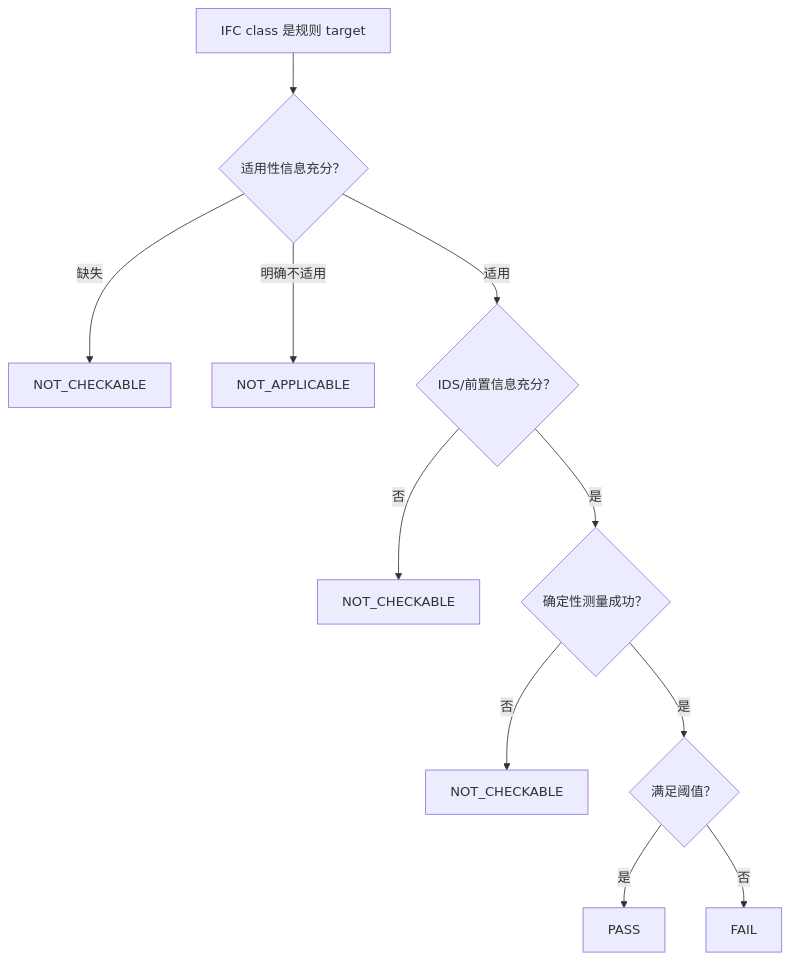
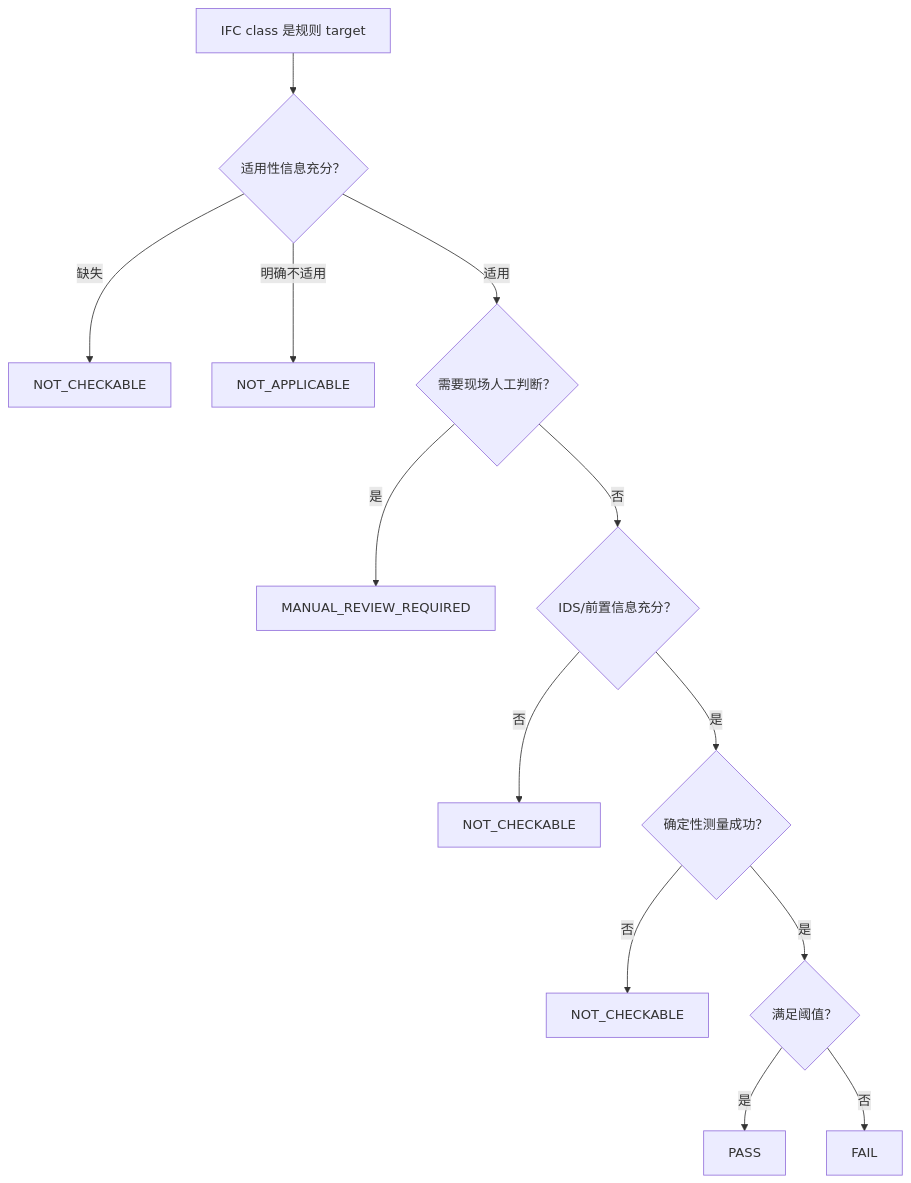
Before and after one commit to ralin0225/ifc-bidirectional-compliance-mvd: the second of 2 diagrams in docs/architecture.md, drawn with Mermaid. The commit also changed other lines of this file and 34 other files, not shown here.

````diff
--- a/docs/architecture.md
+++ b/docs/architecture.md
@@ -70,13 +72,15 @@
 ```mermaid
 flowchart TD
     Candidate["IFC class 是规则 target"] --> Applicable{"适用性信息充分？"}
     Applicable -->|缺失| NC1["NOT_CHECKABLE"]
     Applicable -->|明确不适用| NA["NOT_APPLICABLE"]
-    Applicable -->|适用| Information{"IDS/前置信息充分？"}
+    Applicable -->|适用| Manual{"需要现场人工判断？"}
+    Manual -->|是| MR["MANUAL_REVIEW_REQUIRED"]
+    Manual -->|否| Information{"IDS/前置信息充分？"}
     Information -->|否| NC2["NOT_CHECKABLE"]
     Information -->|是| Compute{"确定性测量成功？"}
     Compute -->|否| NC3["NOT_CHECKABLE"]
     Compute -->|是| Compare{"满足阈值？"}
     Compare -->|是| Pass["PASS"]
     Compare -->|否| Fail["FAIL"]
 ```
````
